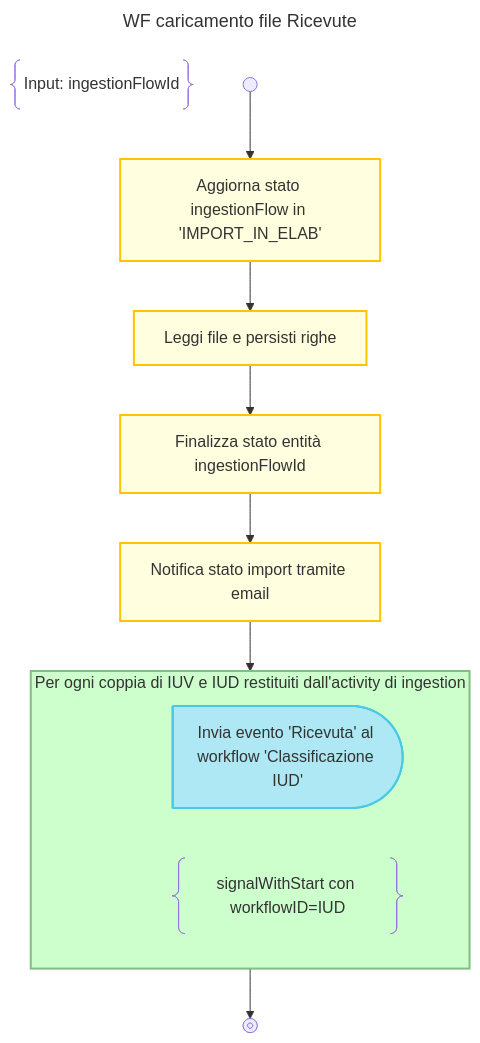
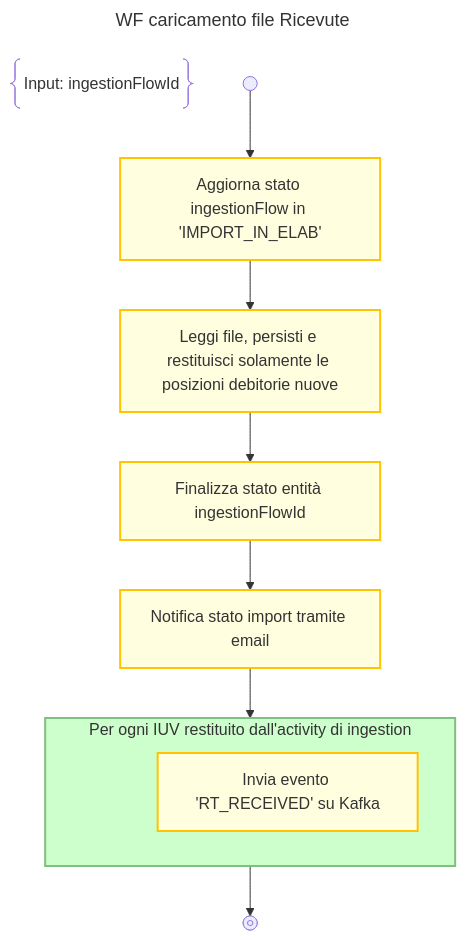
Before and after one commit to pagopa/p4pa-doc: the diagram in design/workflow/classificazioneIncassi/01.ricevute-ingestion.mmd, drawn with Mermaid. The commit also changed 1 other file, not shown here.

Commit message:
P4ADEV-1358 manual RT will notify Kafka (#27)

```diff
--- a/design/workflow/classificazioneIncassi/01.ricevute-ingestion.mmd
+++ b/design/workflow/classificazioneIncassi/01.ricevute-ingestion.mmd
@@ -1,30 +1,28 @@
 ---
 title: WF caricamento file Ricevute
 ---
 flowchart TD
     DESCRIPTION@{ shape: braces, label: "Input: ingestionFlowId" }
     START@{shape: start} -->
     UPDATE_STATUS_INELAB:::activity@{label: "Aggiorna stato ingestionFlow in 'IMPORT_IN_ELAB'"} -->
-    INGESTION:::activity@{label: "Leggi file e persisti righe"} -->
+    INGESTION:::activity@{label: "Leggi file, persisti e restituisci solamente le posizioni debitorie nuove"} -->
     UPDATE_STATUS_COMPLETE:::activity@{label: "Finalizza stato entità ingestionFlowId"} -->
     SEND_EMAIL:::activity@{label: "Notifica stato import tramite email"} -->
 
     LOOP
 
-    subgraph LOOP["Per ogni coppia di IUV e IUD restituiti dall'activity di ingestion"]
+    subgraph LOOP["Per ogni IUV restituito dall'activity di ingestion"]
 
         %% dummy block added to have an empty line
         DUMMY:::disable-->SIGNAL
         linkStyle 5 display:none;
 
-        SIGNAL:::send-signal@{shape: delay, label: "Invia evento 'Ricevuta' al workflow 'Classificazione IUD'"}
-        NOTE@{ shape: braces, label: "signalWithStart con workflowID=IUD" }
+        SIGNAL:::activity@{label: "Invia evento 'RT_RECEIVED' su Kafka"}
     end
 
     LOOP --> END@{shape: stop}
     class LOOP loop
 
     classDef disable display:none;
     classDef activity fill:#FFFFE0, stroke:#ffc300, stroke-width:2px;
     classDef loop fill:#CCFFCC, stroke:#7FBF7F, stroke-width:2px, padding-bottom: 5px;
-    classDef send-signal fill:#ade8f4, stroke:#48cae4, stroke-width:2px
```
